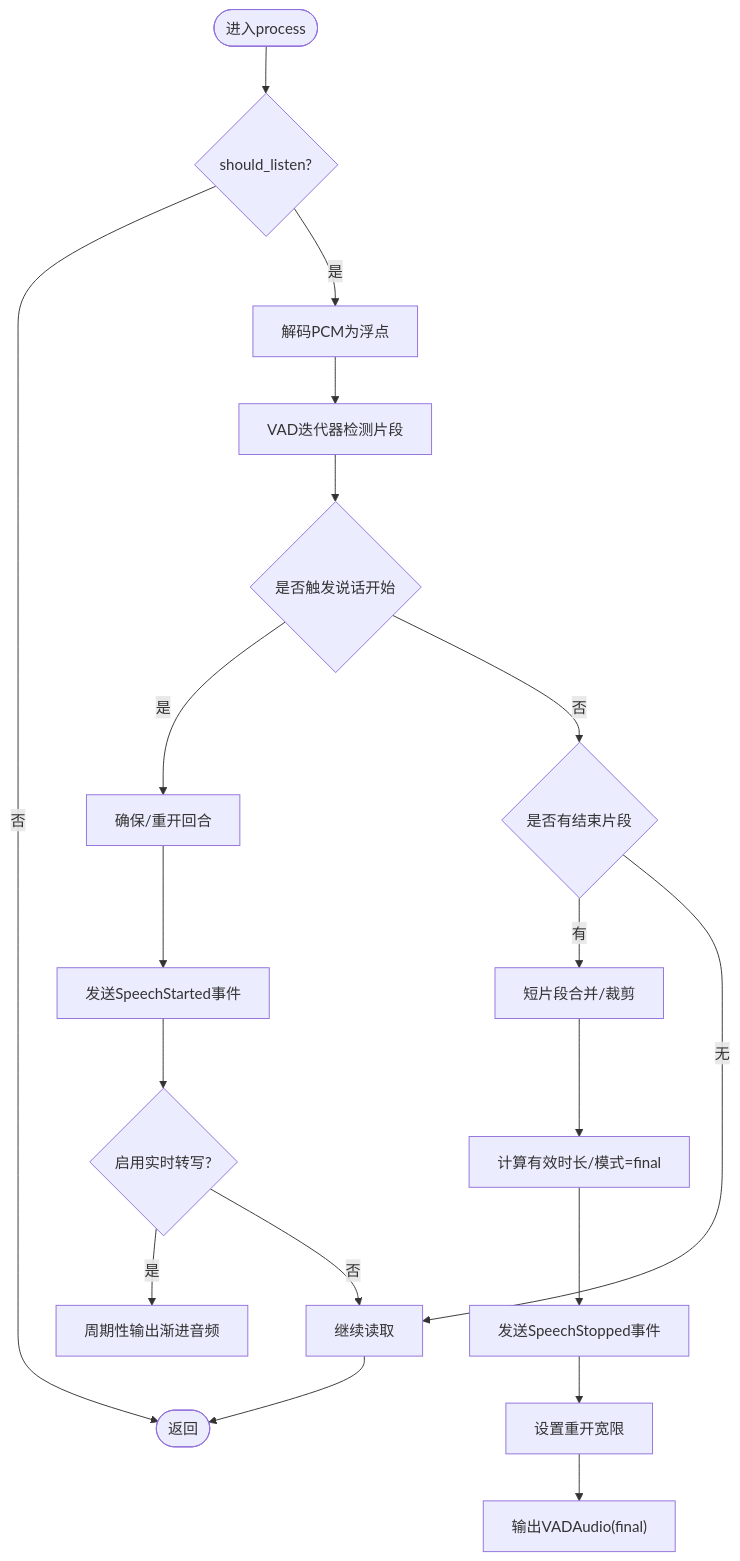
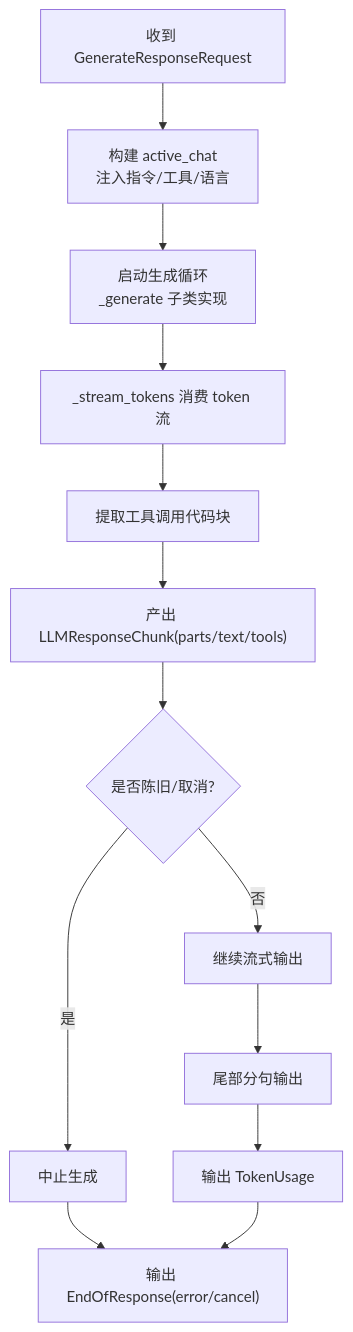
Before and after one commit to joezxh/speech-to-speech: the fifth of 10 diagrams in .qoder/repowiki/zh/content/核心架构/核心架构.md, drawn with Mermaid. The commit also changed other lines of this file and 202 other files, not shown here.

````diff
--- a/.qoder/repowiki/zh/content/核心架构/核心架构.md
+++ b/.qoder/repowiki/zh/content/核心架构/核心架构.md
@@ -174,21 +249,15 @@
 ```mermaid
 flowchart TD
-Start(["进入process"]) --> Listen{"should_listen?"}
-Listen --> |否| End(["返回"])
-Listen --> |是| Decode["解码PCM为浮点"]
-Decode --> VADIter["VAD迭代器检测片段"]
-VADIter --> SpeechStart{"是否触发说话开始"}
-SpeechStart --> |是| EnsureTurn["确保/重开回合"]
-EnsureTurn --> EmitStarted["发送SpeechStarted事件"]
-EmitStarted --> Progressive{"启用实时转写?"}
-SpeechStart --> |否| CheckEnd{"是否有结束片段"}
-Progressive --> |是| YieldProg["周期性输出渐进音频"]
-Progressive --> |否| Next["继续读取"]
-CheckEnd --> |有| Merge["短片段合并/裁剪"]
-Merge --> Finalize["计算有效时长/模式=final"]
-Finalize --> EmitStopped["发送SpeechStopped事件"]
-EmitStopped --> ReopenGrace["设置重开宽限"]
-ReopenGrace --> Output["输出VADAudio(final)"]
-CheckEnd --> |无| Next
-Next --> End
+Req["收到 GenerateResponseRequest"] --> BuildChat["构建 active_chat<br/>注入指令/工具/语言"]
+BuildChat --> GenLoop["启动生成循环<br/>_generate 子类实现"]
+GenLoop --> StreamTokens["_stream_tokens 消费 token 流"]
+StreamTokens --> ExtractTools["提取工具调用代码块"]
+ExtractTools --> YieldChunks["产出 LLMResponseChunk(parts/text/tools)"]
+YieldChunks --> CheckStale{"是否陈旧/取消?"}
+CheckStale --> |是| Abort["中止生成"]
+CheckStale --> |否| Continue["继续流式输出"]
+Abort --> EndResp["输出 EndOfResponse(error/cancel)"]
+Continue --> Trailing["尾部分句输出"]
+Trailing --> Usage["输出 TokenUsage"]
+Usage --> EndResp
 ```
````
